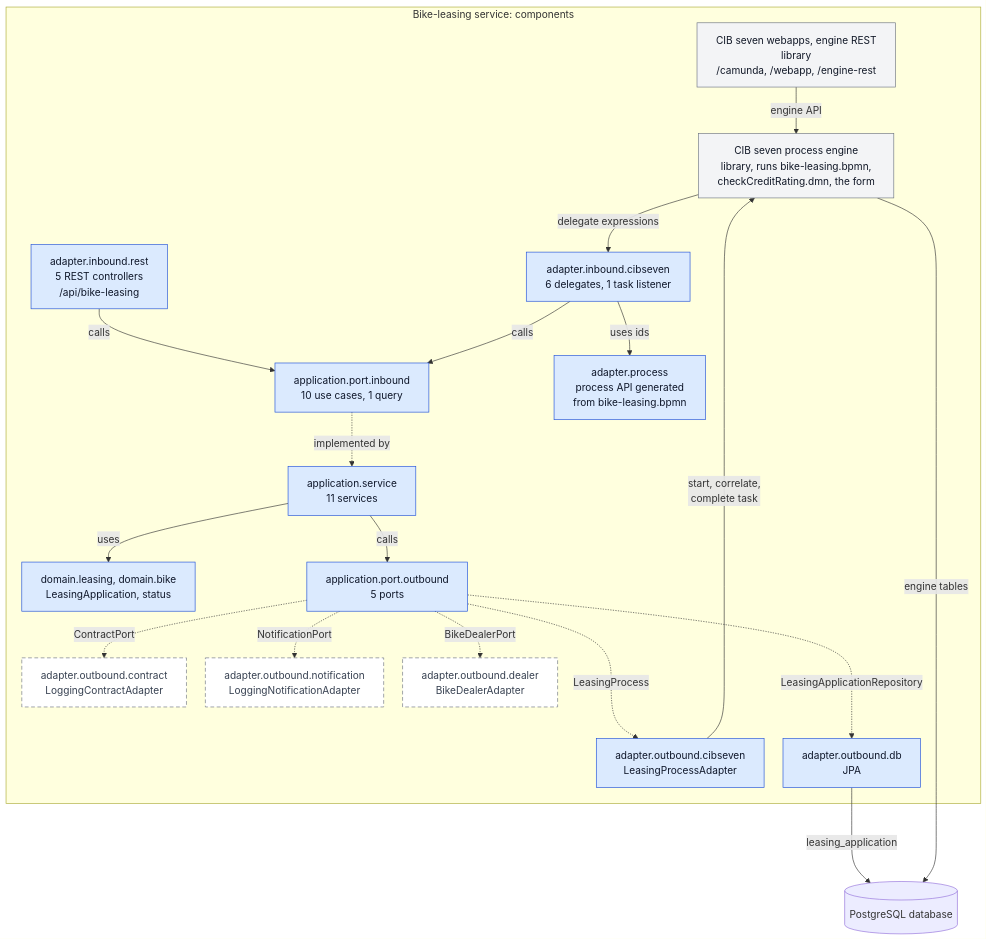
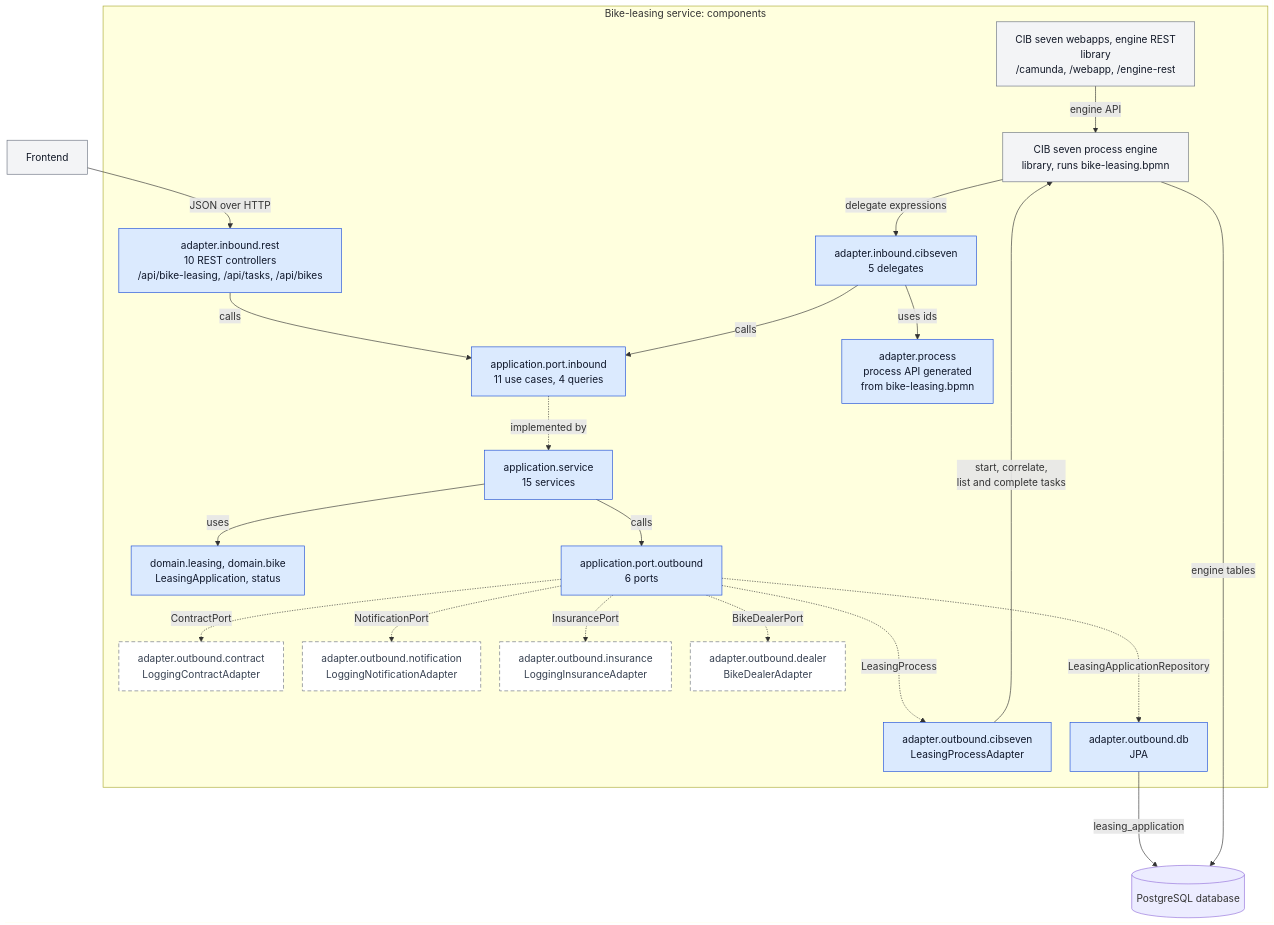
One commit to Miragon/miragon-ai-example changed the second of 2 diagrams in docs/architecture/c4-container.md. Above: the diagram before and after it, drawn with Mermaid. The commit also changed other lines of this file and 453 other files, not shown here.

Commit message:
feat!: rebuild the example on the simplified process with a frontend (#22)

````diff
--- a/docs/architecture/c4-container.md
+++ b/docs/architecture/c4-container.md
@@ -75,45 +90,49 @@
 ```mermaid
 %%{init: {"flowchart": {"wrappingWidth": 300, "nodeSpacing": 30}}}%%
 flowchart TB
   subgraph service["Bike-leasing service: components"]
     webapps["CIB seven webapps, engine REST<br/>library<br/>/camunda, /webapp, /engine-rest"]
-    rest["adapter.inbound.rest<br/>5 REST controllers<br/>/api/bike-leasing"]
-    engine["CIB seven process engine<br/>library, runs bike-leasing.bpmn,<br/>checkCreditRating.dmn, the form"]
-    delegates["adapter.inbound.cibseven<br/>6 delegates, 1 task listener"]
-    inPorts["application.port.inbound<br/>10 use cases, 1 query"]
+    rest["adapter.inbound.rest<br/>10 REST controllers<br/>/api/bike-leasing, /api/tasks, /api/bikes"]
+    engine["CIB seven process engine<br/>library, runs bike-leasing.bpmn"]
+    delegates["adapter.inbound.cibseven<br/>5 delegates"]
+    inPorts["application.port.inbound<br/>11 use cases, 4 queries"]
     processApi["adapter.process<br/>process API generated<br/>from bike-leasing.bpmn"]
-    services["application.service<br/>11 services"]
+    services["application.service<br/>15 services"]
     domain["domain.leasing, domain.bike<br/>LeasingApplication, status"]
-    outPorts["application.port.outbound<br/>5 ports"]
+    outPorts["application.port.outbound<br/>6 ports"]
     processAdapter["adapter.outbound.cibseven<br/>LeasingProcessAdapter"]
     db["adapter.outbound.db<br/>JPA"]
     contractAdapter["adapter.outbound.contract<br/>LoggingContractAdapter"]
     notificationAdapter["adapter.outbound.notification<br/>LoggingNotificationAdapter"]
+    insuranceAdapter["adapter.outbound.insurance<br/>LoggingInsuranceAdapter"]
     dealerAdapter["adapter.outbound.dealer<br/>BikeDealerAdapter"]
   end
+  frontend["Frontend"]
   database[("PostgreSQL database")]
 
+  frontend -->|"JSON over HTTP"| rest
   webapps -->|"engine API"| engine
   engine -->|"delegate expressions"| delegates
   rest -->|"calls"| inPorts
   delegates -->|"calls"| inPorts
   delegates -->|"uses ids"| processApi
   inPorts -.->|"implemented by"| services
   services -->|"uses"| domain
   services -->|"calls"| outPorts
   outPorts -..->|"LeasingProcess"| processAdapter
   outPorts -..->|"LeasingApplicationRepository"| db
   outPorts -.->|"ContractPort"| contractAdapter
   outPorts -.->|"NotificationPort"| notificationAdapter
+  outPorts -.->|"InsurancePort"| insuranceAdapter
   outPorts -.->|"BikeDealerPort"| dealerAdapter
-  processAdapter -->|"start, correlate,<br/>complete task"| engine
+  processAdapter -->|"start, correlate,<br/>list and complete tasks"| engine
   db --->|"leasing_application"| database
   engine -->|"engine tables"| database
 
   classDef pkg fill:#dbeafe,stroke:#1d4ed8,color:#0f172a
   classDef library fill:#f3f4f6,stroke:#6b7280,color:#111827
   classDef simulated fill:#ffffff,stroke:#6b7280,stroke-dasharray:6 4,color:#374151
   class rest,delegates,inPorts,processApi,services,domain,outPorts,processAdapter,db pkg
-  class webapps,engine library
-  class contractAdapter,notificationAdapter,dealerAdapter simulated
+  class webapps,engine,frontend library
+  class contractAdapter,notificationAdapter,insuranceAdapter,dealerAdapter simulated
 ```
````
